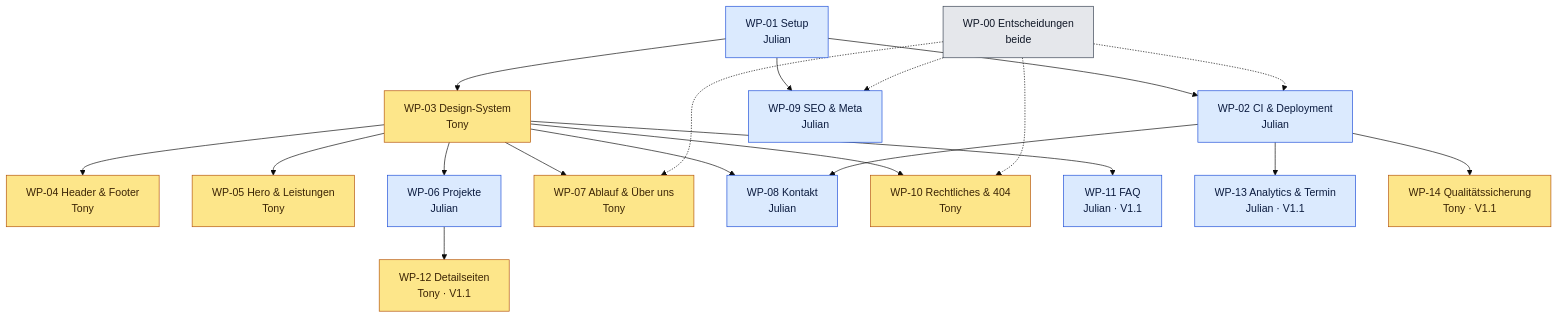
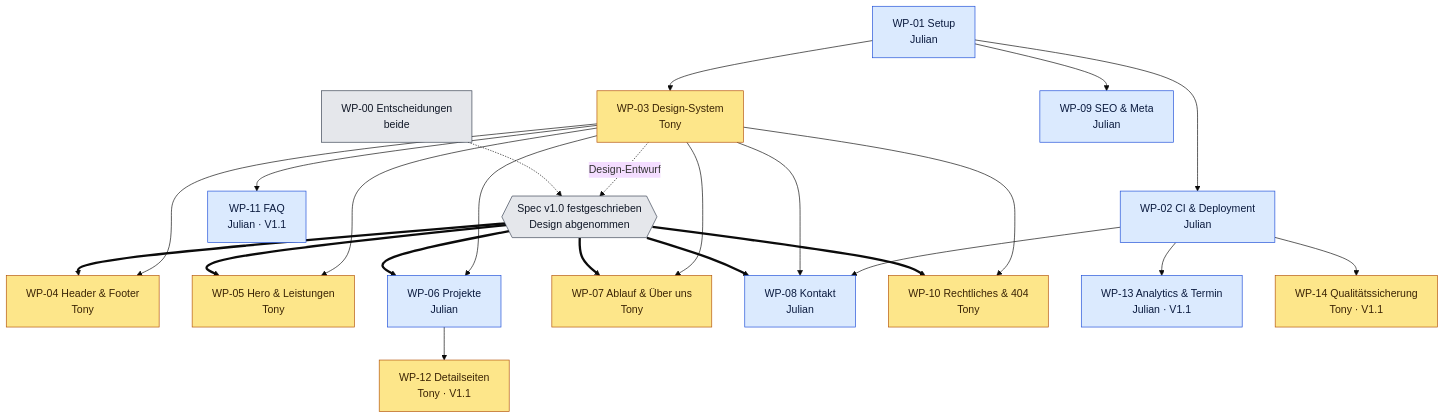
The diagram in docs/pakete/README.md (JulianRudrich/Landingpage), drawn with Mermaid (base theme) before and after one commit. The commit also changed other lines of this file and 78 other files, not shown here.

````diff
--- a/docs/pakete/README.md
+++ b/docs/pakete/README.md
@@ -45,33 +45,37 @@
 ```mermaid
 graph TD
   WP00["WP-00 Entscheidungen<br/>beide"]
   WP01["WP-01 Setup<br/>Julian"]
   WP02["WP-02 CI & Deployment<br/>Julian"]
   WP03["WP-03 Design-System<br/>Tony"]
   WP04["WP-04 Header & Footer<br/>Tony"]
   WP05["WP-05 Hero & Leistungen<br/>Tony"]
   WP06["WP-06 Projekte<br/>Julian"]
   WP07["WP-07 Ablauf & Über uns<br/>Tony"]
   WP08["WP-08 Kontakt<br/>Julian"]
   WP09["WP-09 SEO & Meta<br/>Julian"]
   WP10["WP-10 Rechtliches & 404<br/>Tony"]
   WP11["WP-11 FAQ<br/>Julian · V1.1"]
   WP12["WP-12 Detailseiten<br/>Tony · V1.1"]
   WP13["WP-13 Analytics & Termin<br/>Julian · V1.1"]
   WP14["WP-14 Qualitätssicherung<br/>Tony · V1.1"]
 
+  GATE{{"Spec v1.0 festgeschrieben<br/>Design abgenommen"}}
+
   WP01 --> WP02
   WP01 --> WP03
   WP01 --> WP09
+  WP00 -.-> GATE
+  WP03 -.->|Design-Entwurf| GATE
+  GATE ==> WP04 & WP05 & WP06 & WP07 & WP08 & WP10
   WP03 --> WP04 & WP05 & WP06 & WP07 & WP08 & WP10 & WP11
   WP02 --> WP08 & WP13 & WP14
   WP06 --> WP12
-  WP00 -.-> WP02 & WP07 & WP09 & WP10
 
   classDef julian fill:#dbeafe,stroke:#1d4ed8,color:#0b1b3f
   classDef tony fill:#fde68a,stroke:#b45309,color:#3b2405
   classDef both fill:#e5e7eb,stroke:#374151,color:#111827
   class WP01,WP02,WP06,WP08,WP09,WP11,WP13 julian
   class WP03,WP04,WP05,WP07,WP10,WP12,WP14 tony
-  class WP00 both
+  class WP00,GATE both
 ```
````
